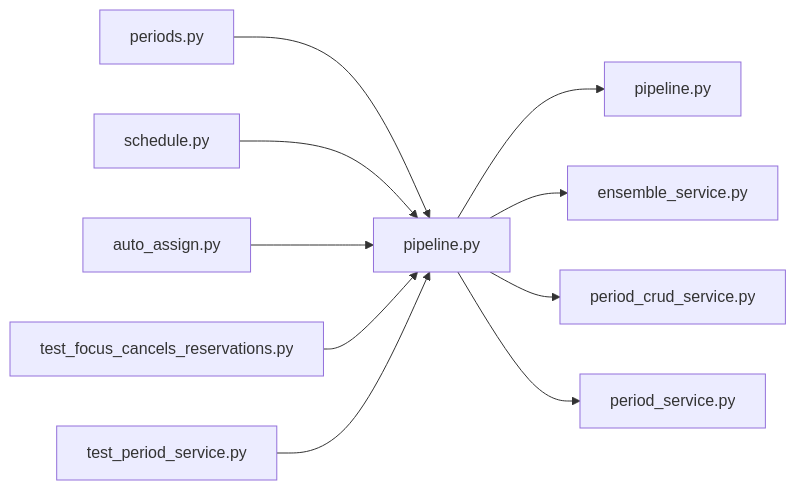
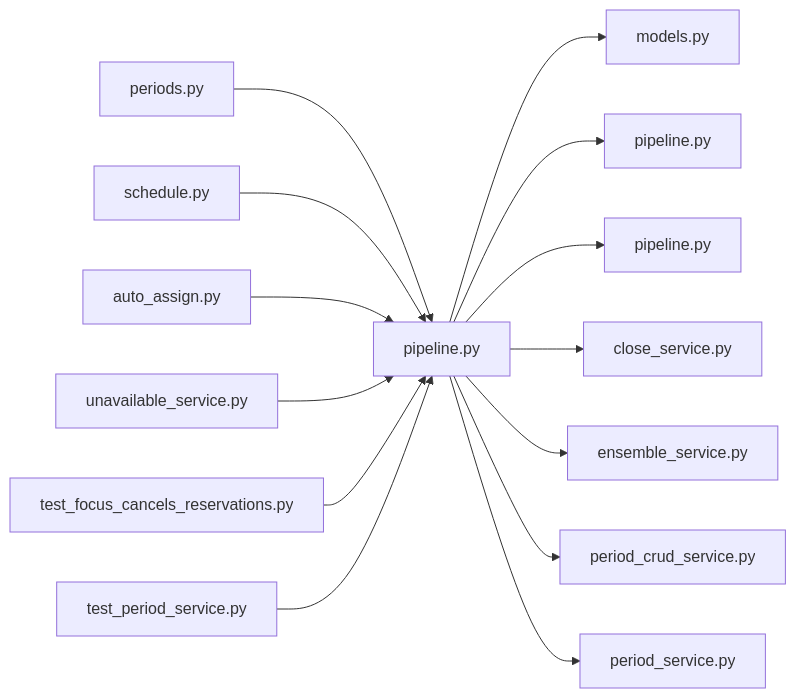
One commit to minkong-dev/Banblit changed the diagram in .cluedoc/graph/backend/src/backend/services/period/pipeline.md. Above: the diagram before and after it, drawn with Mermaid. The commit also changed other lines of this file and 35 other files, not shown here.

Commit message:
backend: close a focused period at its closing time and allow unfixing with a reason

````diff
--- a/.cluedoc/graph/backend/src/backend/services/period/pipeline.md
+++ b/.cluedoc/graph/backend/src/backend/services/period/pipeline.md
@@ -10,13 +10,17 @@
 ```mermaid
 flowchart LR
   backend_src_backend_services_period_pipeline["pipeline.py"]
+  backend_src_backend_services_period_pipeline --> backend_src_backend_db_models["models.py"]
   backend_src_backend_services_period_pipeline --> backend_src_backend_db_pipeline["pipeline.py"]
+  backend_src_backend_services_period_pipeline --> backend_src_backend_services_notification_pipeline["pipeline.py"]
+  backend_src_backend_services_period_pipeline --> backend_src_backend_services_period_close_service["close_service.py"]
   backend_src_backend_services_period_pipeline --> backend_src_backend_services_period_ensemble_service["ensemble_service.py"]
   backend_src_backend_services_period_pipeline --> backend_src_backend_services_period_period_crud_service["period_crud_service.py"]
   backend_src_backend_services_period_pipeline --> backend_src_backend_services_period_period_service["period_service.py"]
   backend_src_backend_api_routers_periods["periods.py"] --> backend_src_backend_services_period_pipeline
   backend_src_backend_api_routers_schedule["schedule.py"] --> backend_src_backend_services_period_pipeline
   backend_src_backend_jobs_auto_assign["auto_assign.py"] --> backend_src_backend_services_period_pipeline
+  backend_src_backend_services_unavailable_unavailable_service["unavailable_service.py"] --> backend_src_backend_services_period_pipeline
   backend_tests_integration_db_test_focus_cancels_reservations["test_focus_cancels_reservations.py"] --> backend_src_backend_services_period_pipeline
   backend_tests_integration_db_test_period_service["test_period_service.py"] --> backend_src_backend_services_period_pipeline
 ```
````
